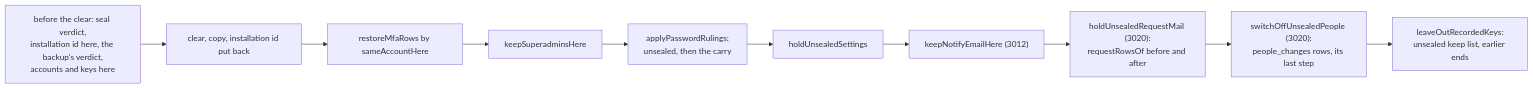
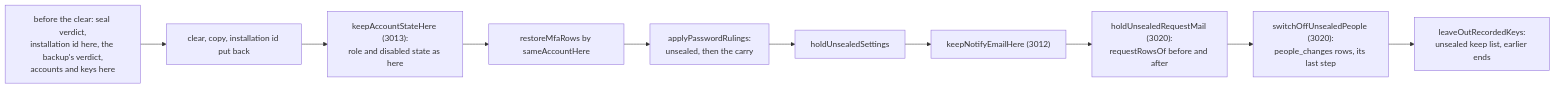
One commit to gitBoon/DumpFire changed the seventh of 34 diagrams in docs/backup-reporting.md. Above: the diagram before and after it, drawn with Mermaid. The commit also changed other lines of this file and 20 other files, not shown here.

````diff
--- a/docs/backup-reporting.md
+++ b/docs/backup-reporting.md
@@ -427,12 +440,12 @@
 ```mermaid
 flowchart LR
     Read6["before the clear: seal verdict,<br/>installation id here, the backup's verdict,<br/>accounts and keys here"] --> Copy6["clear, copy, installation id put back"]
-    Copy6 --> Mfa6["restoreMfaRows by sameAccountHere"]
-    Mfa6 --> Keep6["keepSuperadminsHere"]
-    Keep6 --> Pw6["applyPasswordRulings:<br/>unsealed, then the carry"]
+    Copy6 --> Keep6["keepAccountStateHere (3013):<br/>role and disabled state as here"]
+    Keep6 --> Mfa6["restoreMfaRows by sameAccountHere"]
+    Mfa6 --> Pw6["applyPasswordRulings:<br/>unsealed, then the carry"]
     Pw6 --> Hold6["holdUnsealedSettings"]
     Hold6 --> Notify6["keepNotifyEmailHere (3012)"]
     Notify6 --> Req6["holdUnsealedRequestMail (3020):<br/>requestRowsOf before and after"]
     Req6 --> People6["switchOffUnsealedPeople (3020):<br/>people_changes rows, its last step"]
     People6 --> Keys6["leaveOutRecordedKeys:<br/>unsealed keep list, earlier ends"]
 ```
````
